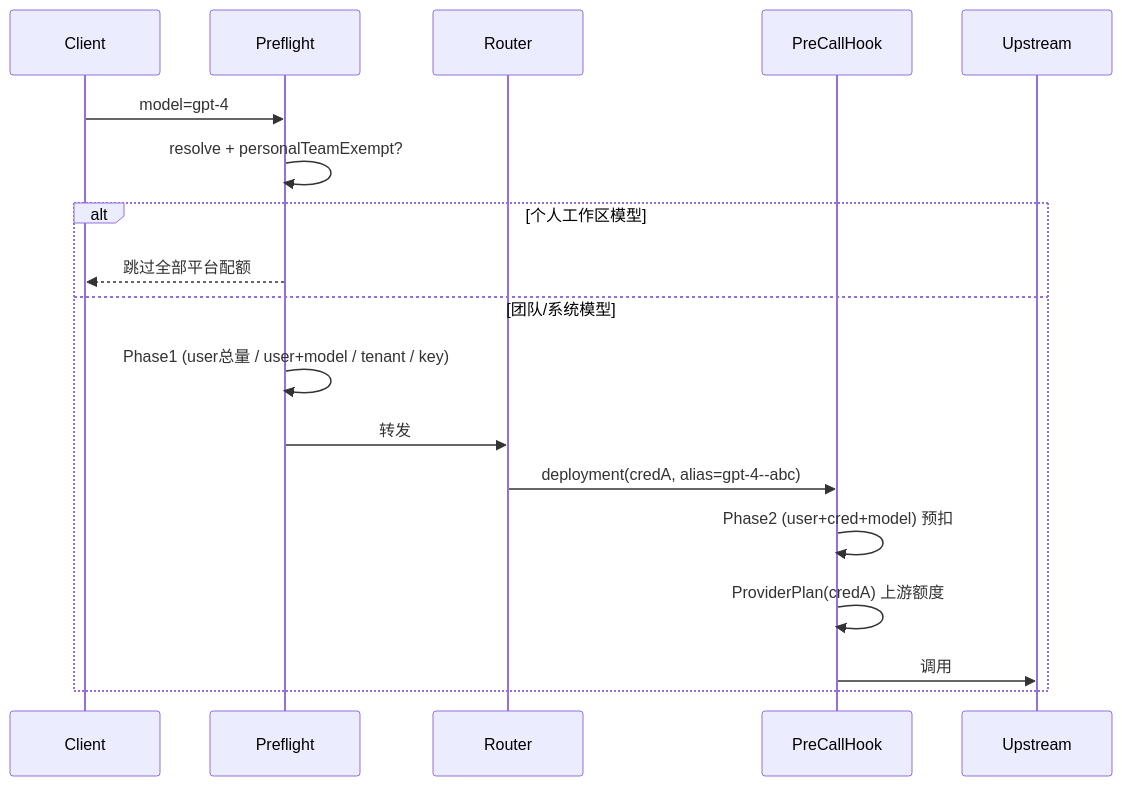
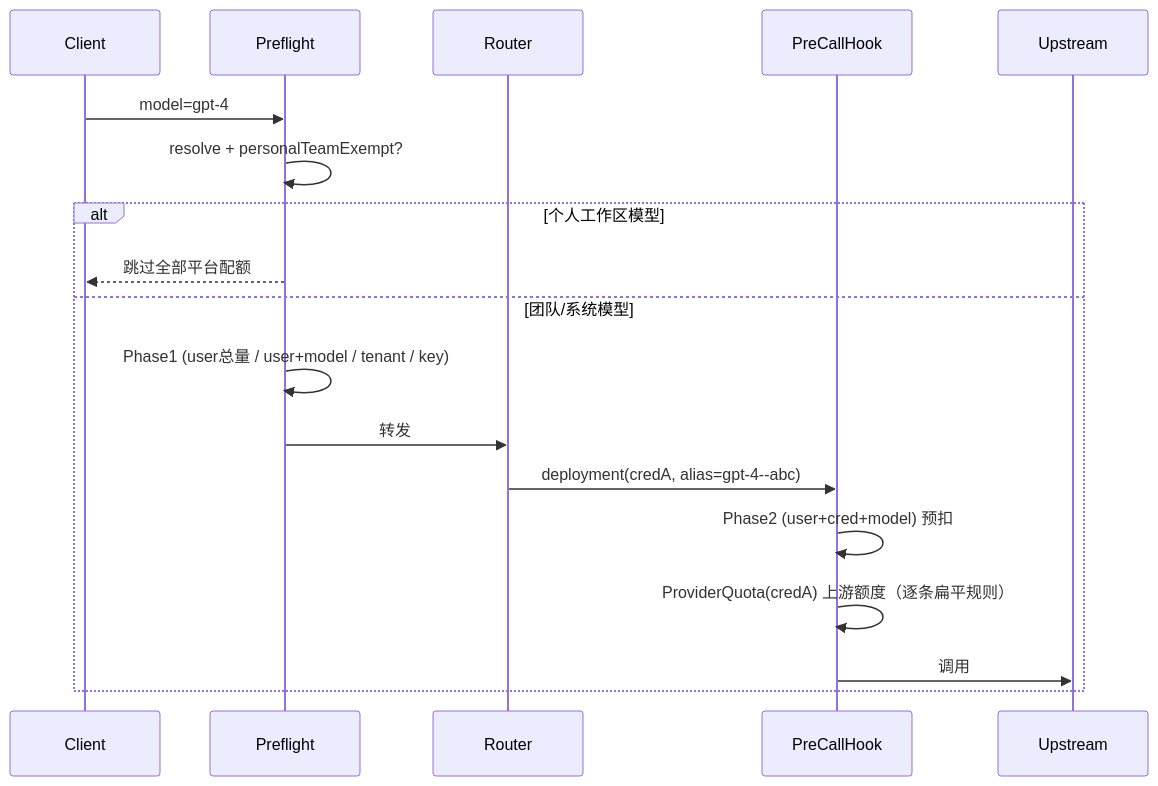
One commit to tianyehedashu/ai-agent changed the diagram in backend/docs/gateway/QUOTA_MANAGEMENT.md. Above: the diagram before and after it, drawn with Mermaid. The commit also changed other lines of this file and 111 other files, not shown here.

````diff
--- a/backend/docs/gateway/QUOTA_MANAGEMENT.md
+++ b/backend/docs/gateway/QUOTA_MANAGEMENT.md
@@ -71,20 +84,20 @@
 ```mermaid
 sequenceDiagram
   participant Client
   participant Preflight
   participant Router
   participant PreCallHook
   participant Upstream
   Client->>Preflight: model=gpt-4
   Preflight->>Preflight: resolve + personalTeamExempt?
   alt 个人工作区模型
     Preflight-->>Client: 跳过全部平台配额
   else 团队/系统模型
     Preflight->>Preflight: Phase1 (user总量 / user+model / tenant / key)
     Preflight->>Router: 转发
     Router->>PreCallHook: deployment(credA, alias=gpt-4--abc)
     PreCallHook->>PreCallHook: Phase2 (user+cred+model) 预扣
-    PreCallHook->>PreCallHook: ProviderPlan(credA) 上游额度
+    PreCallHook->>PreCallHook: ProviderQuota(credA) 上游额度（逐条扁平规则）
     PreCallHook->>Upstream: 调用
   end
 ```
````
